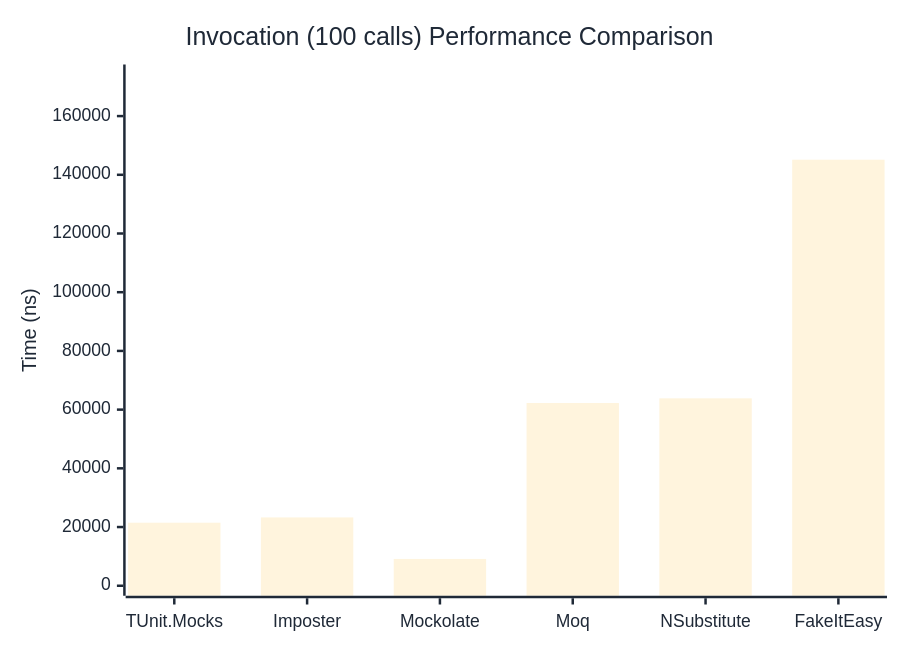
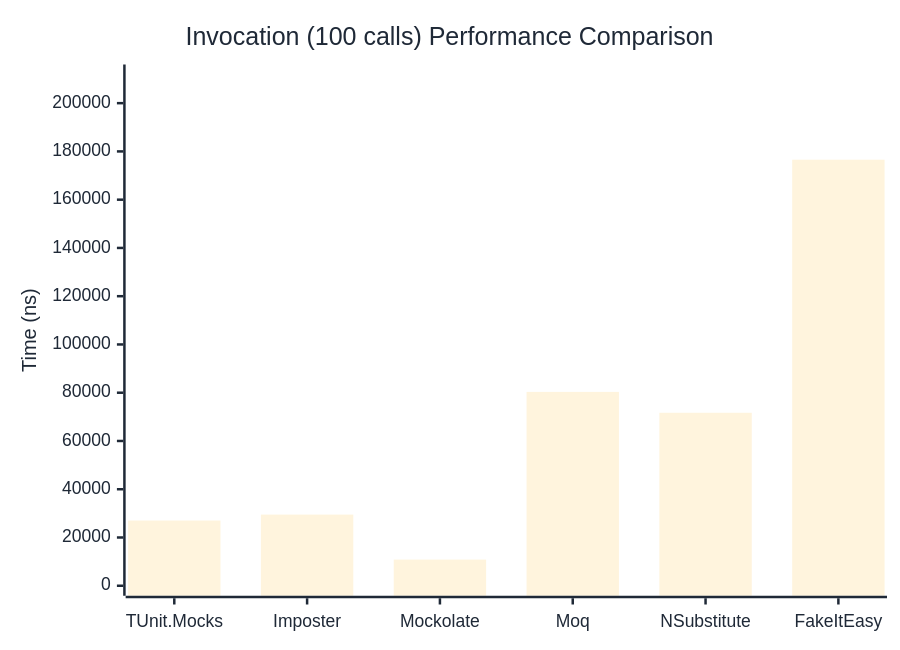
The third of 3 diagrams in docs/docs/benchmarks/mocks/Invocation.md (thomhurst/TUnit), drawn with Mermaid before and after one commit. The commit also changed other lines of this file and 14 other files, not shown here.

````diff
--- a/docs/docs/benchmarks/mocks/Invocation.md
+++ b/docs/docs/benchmarks/mocks/Invocation.md
@@ -112,27 +112,27 @@
 ```mermaid
 %%{init: {
   'theme':'base',
   'themeVariables': {
     'primaryColor': '#2563eb',
     'primaryTextColor': '#1f2937',
     'primaryBorderColor': '#1e40af',
     'lineColor': '#6b7280',
     'secondaryColor': '#7c3aed',
     'tertiaryColor': '#dc2626',
     'background': '#ffffff',
     'pie1': '#2563eb',
     'pie2': '#7c3aed',
     'pie3': '#dc2626',
     'pie4': '#f59e0b',
     'pie5': '#10b981',
     'pie6': '#06b6d4',
     'pie7': '#ec4899',
     'pie8': '#6366f1'
   }
 }}%%
 xychart-beta
   title "Invocation (100 calls) Performance Comparison"
   x-axis ["TUnit.Mocks", "Imposter", "Mockolate", "Moq", "NSubstitute", "FakeItEasy"]
-  y-axis "Time (ns)" 0 --> 174166
-  bar [21480.79, 23277.23, 9136.16, 62248.77, 63845.01, 145137.77]
+  y-axis "Time (ns)" 0 --> 211877
+  bar [27025.02, 29488.92, 10841.59, 80339.03, 71687.44, 176563.61]
 ```
````
